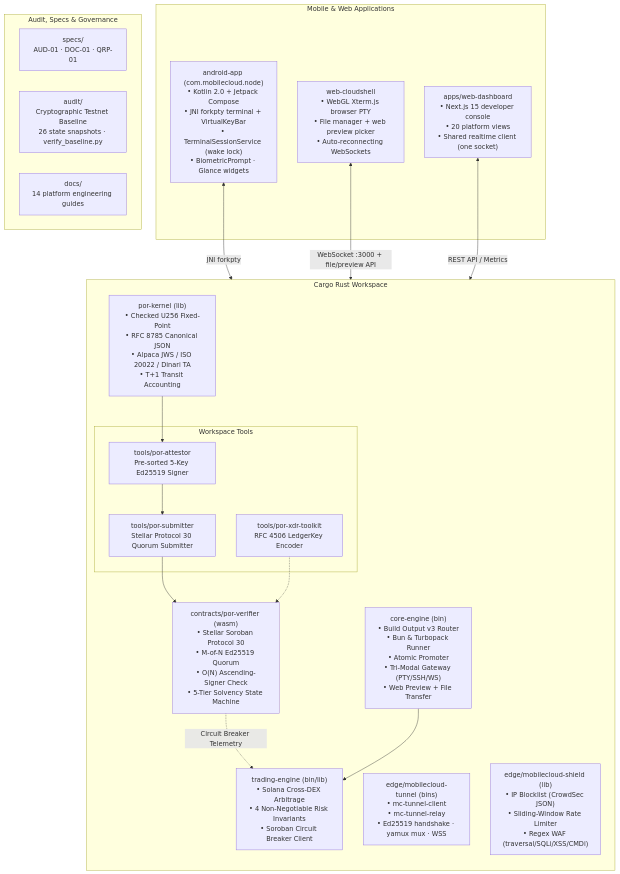
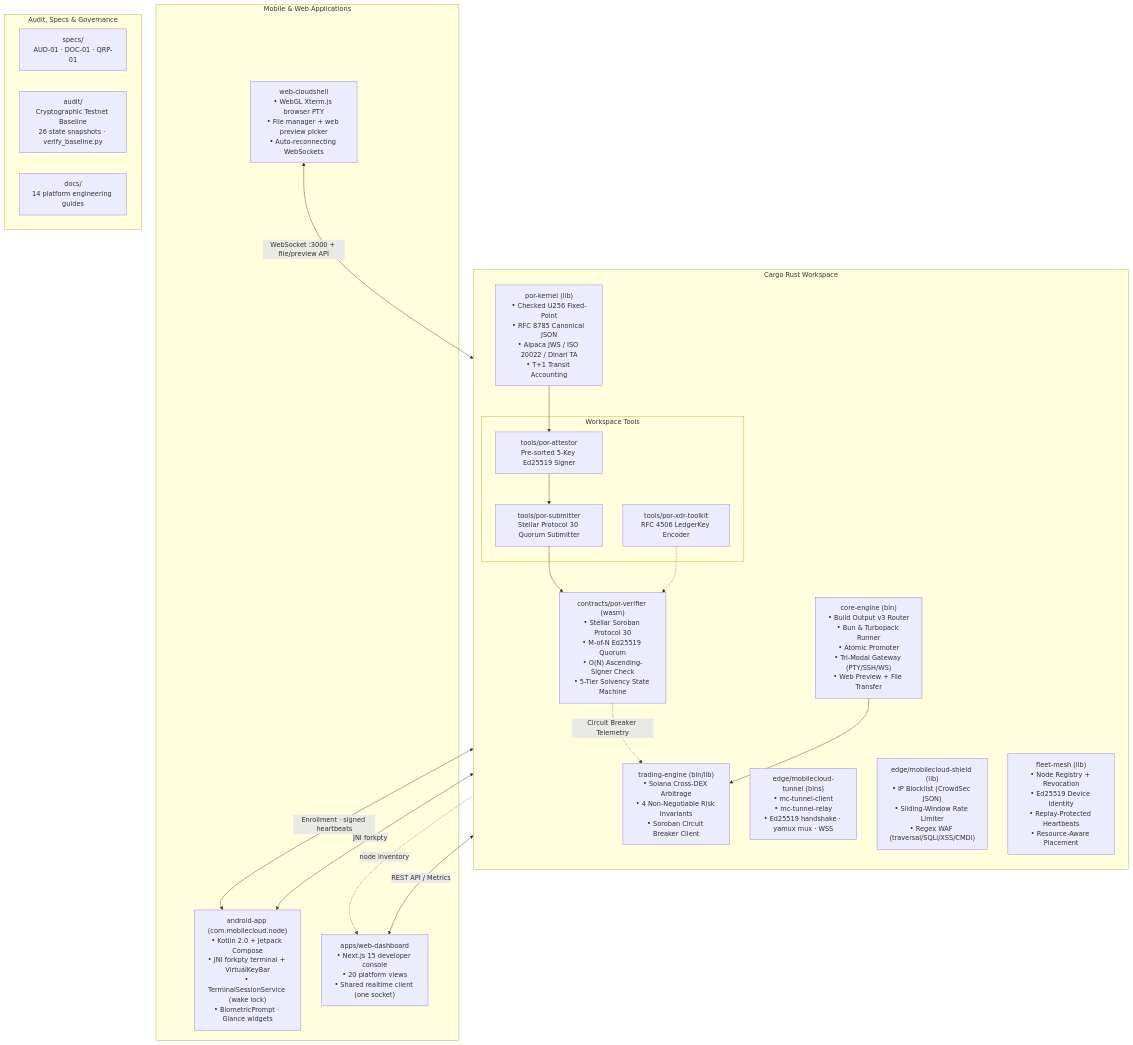
Before and after one commit to Ashutosh0x/mobilecloud-platform: the third of 3 diagrams in README.md, drawn with Mermaid. The commit also changed other lines of this file and 51 other files, not shown here.

````diff
--- a/README.md
+++ b/README.md
@@ -359,40 +367,43 @@
 ```mermaid
 graph TD
     subgraph CargoWorkspace["Cargo Rust Workspace"]
         direction TB
         CORE["core-engine (bin)<br/>• Build Output v3 Router<br/>• Bun & Turbopack Runner<br/>• Atomic Promoter<br/>• Tri-Modal Gateway (PTY/SSH/WS)<br/>• Web Preview + File Transfer"]
         KERNEL["por-kernel (lib)<br/>• Checked U256 Fixed-Point<br/>• RFC 8785 Canonical JSON<br/>• Alpaca JWS / ISO 20022 / Dinari TA<br/>• T+1 Transit Accounting"]
         CONTRACT["contracts/por-verifier (wasm)<br/>• Stellar Soroban Protocol 30<br/>• M-of-N Ed25519 Quorum<br/>• O(N) Ascending-Signer Check<br/>• 5-Tier Solvency State Machine"]
         TRADING["trading-engine (bin/lib)<br/>• Solana Cross-DEX Arbitrage<br/>• 4 Non-Negotiable Risk Invariants<br/>• Soroban Circuit Breaker Client"]
         TUNNEL["edge/mobilecloud-tunnel (bins)<br/>• mc-tunnel-client<br/>• mc-tunnel-relay<br/>• Ed25519 handshake · yamux mux · WSS"]
         SHIELD["edge/mobilecloud-shield (lib)<br/>• IP Blocklist (CrowdSec JSON)<br/>• Sliding-Window Rate Limiter<br/>• Regex WAF (traversal/SQLi/XSS/CMDi)"]
+        FLEET["fleet-mesh (lib)<br/>• Node Registry + Revocation<br/>• Ed25519 Device Identity<br/>• Replay-Protected Heartbeats<br/>• Resource-Aware Placement"]
 
         subgraph Tools["Workspace Tools"]
             ATTESTOR["tools/por-attestor<br/>Pre-sorted 5-Key Ed25519 Signer"]
             SUBMITTER["tools/por-submitter<br/>Stellar Protocol 30 Quorum Submitter"]
             XDRTOOL["tools/por-xdr-toolkit<br/>RFC 4506 LedgerKey Encoder"]
         end
     end
 
     subgraph AppPlane["Mobile & Web Applications"]
         ANDROID["android-app (com.mobilecloud.node)<br/>• Kotlin 2.0 + Jetpack Compose<br/>• JNI forkpty terminal + VirtualKeyBar<br/>• TerminalSessionService (wake lock)<br/>• BiometricPrompt · Glance widgets"]
         DASHBOARD["apps/web-dashboard<br/>• Next.js 15 developer console<br/>• 20 platform views<br/>• Shared realtime client (one socket)"]
         CLOUDSHELL["web-cloudshell<br/>• WebGL Xterm.js browser PTY<br/>• File manager + web preview picker<br/>• Auto-reconnecting WebSockets"]
     end
 
     subgraph ConfigAudit["Audit, Specs & Governance"]
         SPECS["specs/<br/>AUD-01 · DOC-01 · QRP-01"]
         AUDIT["audit/<br/>Cryptographic Testnet Baseline<br/>26 state snapshots · verify_baseline.py"]
         DOCS["docs/<br/>14 platform engineering guides"]
     end
 
     KERNEL --> ATTESTOR
     ATTESTOR --> SUBMITTER
     SUBMITTER --> CONTRACT
     XDRTOOL -.-> CONTRACT
     CONTRACT -.->|Circuit Breaker Telemetry| TRADING
     ANDROID <-->|JNI forkpty| CORE
     CLOUDSHELL <-->|WebSocket :3000 + file/preview API| CORE
     DASHBOARD <-->|REST API / Metrics| CORE
     CORE --> TRADING
+    FLEET <-->|Enrollment · signed heartbeats| ANDROID
+    FLEET -.->|node inventory| DASHBOARD
 ```
````
